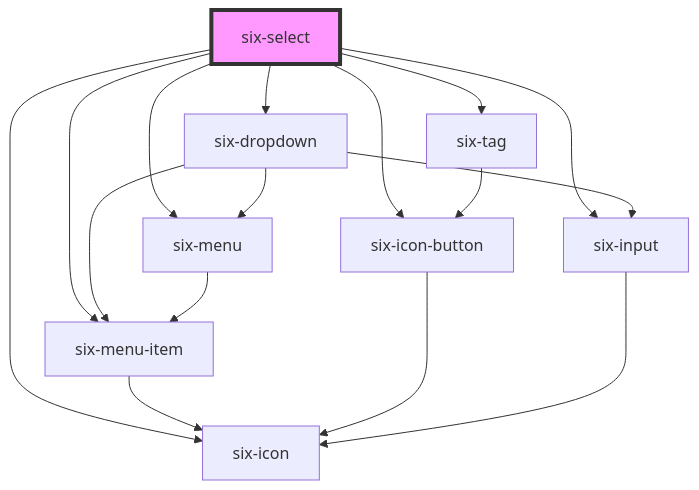
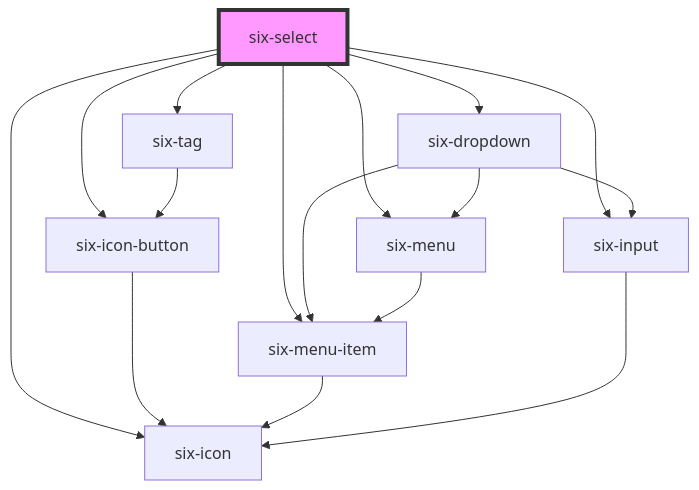
The diagram in libraries/ui-library/src/components/six-select/readme.md (six-group/six-webcomponents), drawn with Mermaid before and after one commit. The commit also changed other lines of this file and 5 other files, not shown here.

Commit message:
fix: strict typing for six-select and normalize value property

````diff
--- a/libraries/ui-library/src/components/six-select/readme.md
+++ b/libraries/ui-library/src/components/six-select/readme.md
@@ -130,19 +130,19 @@
 ```mermaid
 graph TD;
+  six-select --> six-tag
   six-select --> six-menu-item
-  six-select --> six-tag
   six-select --> six-dropdown
   six-select --> six-icon-button
   six-select --> six-icon
   six-select --> six-input
   six-select --> six-menu
-  six-menu-item --> six-icon
   six-tag --> six-icon-button
   six-icon-button --> six-icon
+  six-menu-item --> six-icon
   six-dropdown --> six-menu-item
   six-dropdown --> six-input
   six-dropdown --> six-menu
   six-input --> six-icon
   six-menu --> six-menu-item
   style six-select fill:#f9f,stroke:#333,stroke-width:4px
 ```
````
